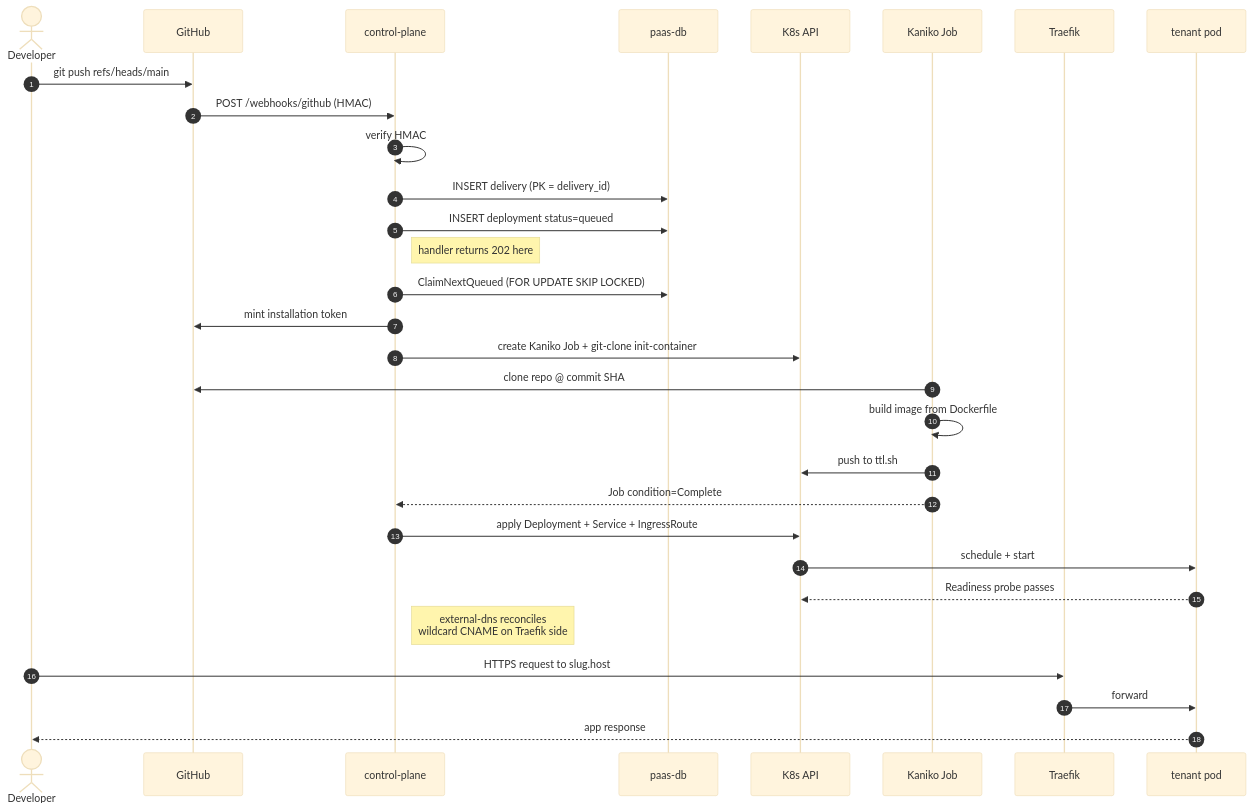
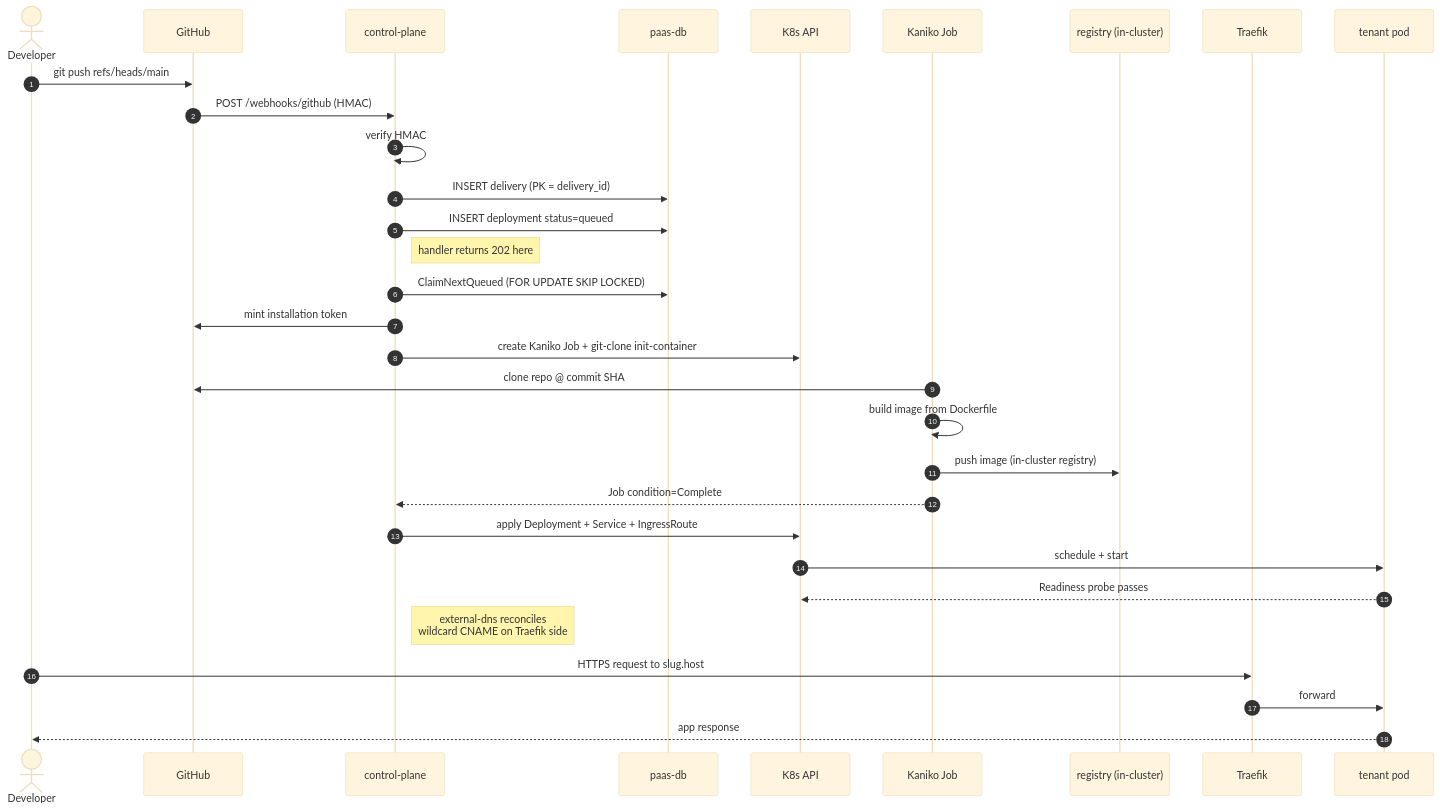
The fourth of 5 diagrams in architecture.md (jamilshaikh07/vercel-clone), drawn with Mermaid (base theme) before and after one commit. The commit also changed other lines of this file and 1 other file, not shown here.

First line of the commit message:
dr: Talos etcd snapshots to TrueNAS MinIO + architecture refresh

````diff
--- a/architecture.md
+++ b/architecture.md
@@ -221,33 +230,34 @@
 ```mermaid
 sequenceDiagram
   autonumber
   actor Dev as Developer
   participant GH as GitHub
   participant CP as control-plane
   participant DB as paas-db
   participant K8s as K8s API
   participant K as Kaniko Job
+  participant Reg as registry (in-cluster)
   participant TR as Traefik
   participant Pod as tenant pod
 
   Dev->>GH: git push refs/heads/main
   GH->>CP: POST /webhooks/github (HMAC)
   CP->>CP: verify HMAC
   CP->>DB: INSERT delivery (PK = delivery_id)
   CP->>DB: INSERT deployment status=queued
   Note right of CP: handler returns 202 here
   CP->>DB: ClaimNextQueued (FOR UPDATE SKIP LOCKED)
   CP->>GH: mint installation token
   CP->>K8s: create Kaniko Job + git-clone init-container
   K->>GH: clone repo @ commit SHA
   K->>K: build image from Dockerfile
-  K->>K8s: push to ttl.sh
+  K->>Reg: push image (in-cluster registry)
   K-->>CP: Job condition=Complete
   CP->>K8s: apply Deployment + Service + IngressRoute
   K8s->>Pod: schedule + start
   Pod-->>K8s: Readiness probe passes
   Note right of CP: external-dns reconciles<br/>wildcard CNAME on Traefik side
   Dev->>TR: HTTPS request to slug.host
   TR->>Pod: forward
   Pod-->>Dev: app response
 ```
````
